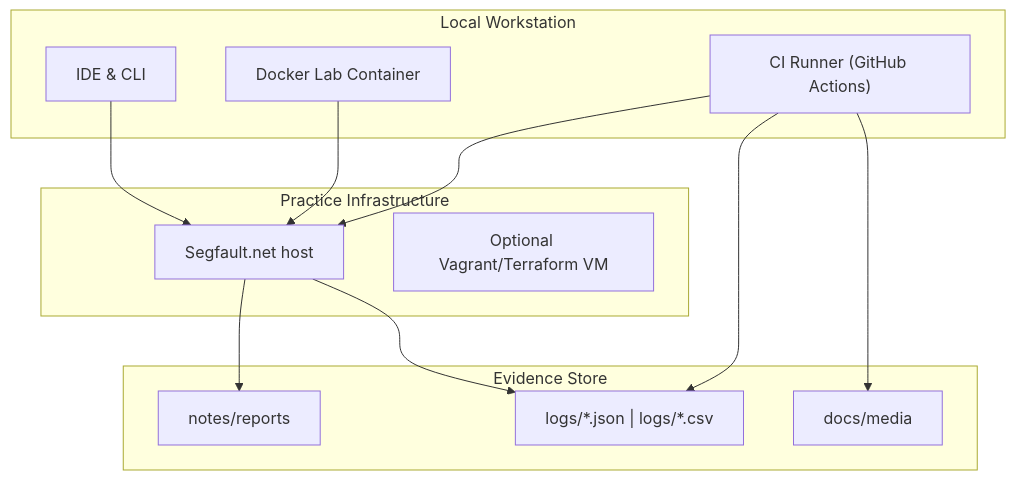
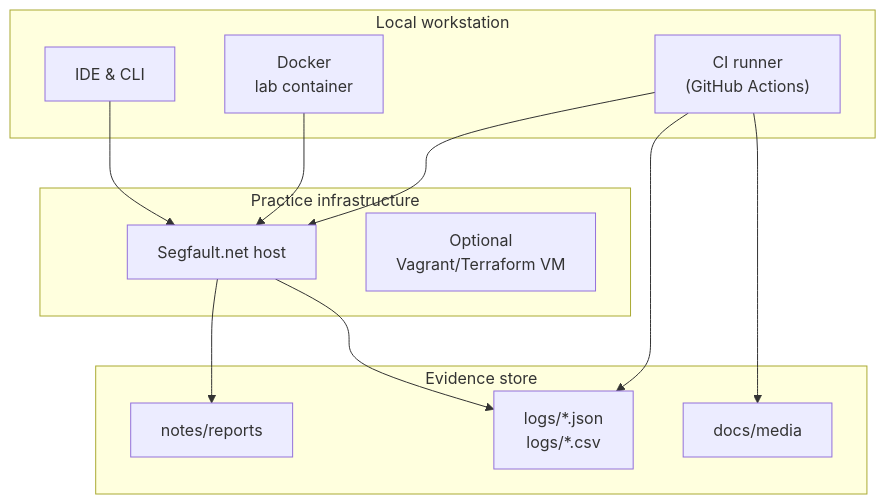
The second of 2 diagrams in README.md (Prashant-b97/remote-linux-lab), drawn with Mermaid before and after one commit. The commit also changed other lines of this file, not shown here.

Commit message:
Tidy mermaid labels to avoid truncation

````diff
--- a/README.md
+++ b/README.md
@@ -32,25 +32,25 @@
 ```mermaid
 graph TD
-  subgraph "Local Workstation"
+  subgraph "Local workstation"
     editor["IDE & CLI"]
-    container["Docker Lab Container"]
-    automation["CI Runner (GitHub Actions)"]
+    container["Docker<br/>lab container"]
+    automation["CI runner<br/>(GitHub Actions)"]
   end
-  subgraph "Practice Infrastructure"
+  subgraph "Practice infrastructure"
     segfault["Segfault.net host"]
-    vagrant["Optional Vagrant/Terraform VM"]
+    vagrant["Optional<br/>Vagrant/Terraform VM"]
   end
-  subgraph "Evidence Store"
+  subgraph "Evidence store"
     notes_repo["notes/reports"]
-    metrics_repo["logs/*.json | logs/*.csv"]
+    metrics_repo["logs/*.json<br/>logs/*.csv"]
     media_repo["docs/media"]
   end
 
   editor --> segfault
   container --> segfault
   automation --> segfault
   segfault --> notes_repo
   segfault --> metrics_repo
   automation --> metrics_repo
   automation --> media_repo
 ```
````
